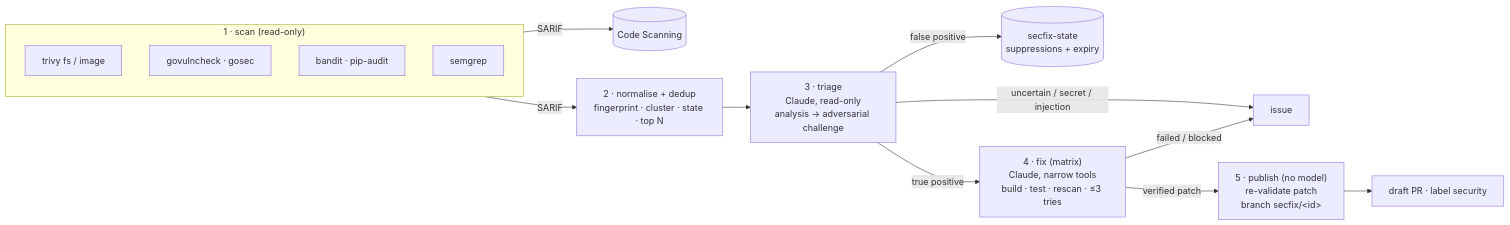
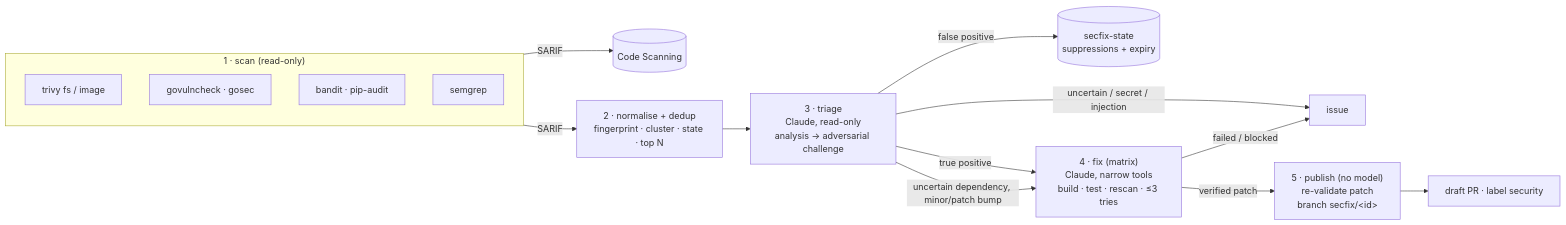
One commit to damhau/secubot changed the diagram in README.md. Above: the diagram before and after it, drawn with Mermaid. The commit also changed 6 other files, not shown here.

First line of the commit message:
feat(triage): bump uncertain dependencies when the upgrade is non-breaking

````diff
--- a/README.md
+++ b/README.md
@@ -8,15 +8,16 @@
 ```mermaid
 flowchart LR
   subgraph scan["1 · scan (read-only)"]
     T[trivy fs / image] & G[govulncheck · gosec] & P[bandit · pip-audit] & S[semgrep]
   end
   scan -->|SARIF| CS[(Code Scanning)]
   scan -->|SARIF| N["2 · normalise + dedup<br/>fingerprint · cluster · state · top N"]
   N --> TR["3 · triage<br/>Claude, read-only<br/>analysis → adversarial challenge"]
   TR -->|false positive| SUP[(secfix-state<br/>suppressions + expiry)]
   TR -->|uncertain / secret / injection| ISS[issue]
   TR -->|true positive| FX["4 · fix (matrix)<br/>Claude, narrow tools<br/>build · test · rescan · ≤3 tries"]
+  TR -->|uncertain dependency, minor/patch bump| FX
   FX -->|failed / blocked| ISS
   FX -->|verified patch| PUB["5 · publish (no model)<br/>re-validate patch<br/>branch secfix/&lt;id&gt;"]
   PUB --> PR[draft PR · label security]
 ```
````
